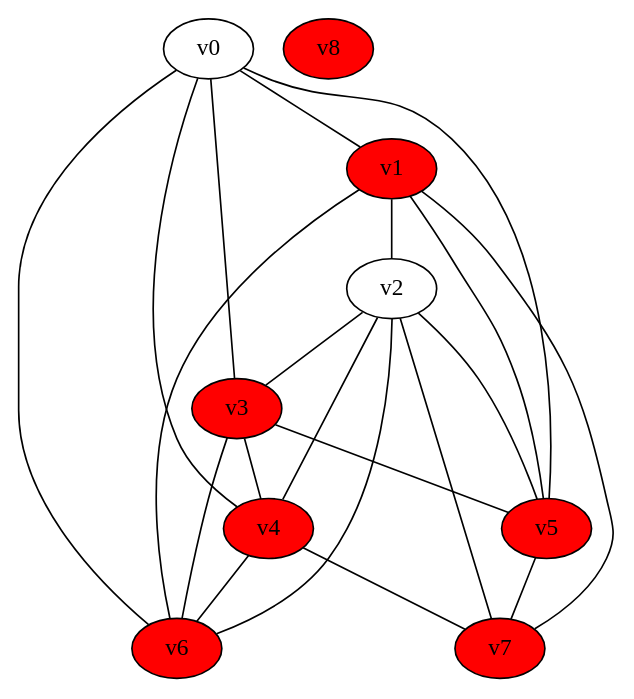
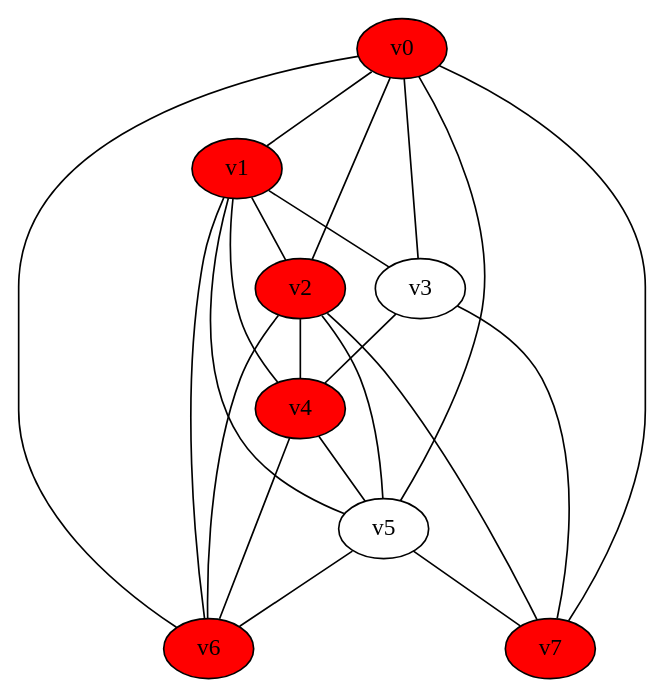
One commit to luisoto076/cubierta changed the diagram in grafica.gv. Above: the diagram before and after it, drawn with Graphviz. The commit also changed 18 other files, not shown here.

```diff
--- a/grafica.gv
+++ b/grafica.gv
@@ -1,29 +1,29 @@
 graph G {
-v7 [style=filled, fillcolor=red];
-v3 [style=filled, fillcolor=red];
 v6 [style=filled, fillcolor=red];
 v1 [style=filled, fillcolor=red];
-v8 [style=filled, fillcolor=red];
 v4 [style=filled, fillcolor=red];
-v5 [style=filled, fillcolor=red];
+v0 [style=filled, fillcolor=red];
+v2 [style=filled, fillcolor=red];
+v7 [style=filled, fillcolor=red];
 	v0 -- v1
+	v0 -- v2
 	v0 -- v3
-	v0 -- v4
 	v0 -- v5
 	v0 -- v6
+	v0 -- v7
 	v1 -- v2
+	v1 -- v3
+	v1 -- v4
 	v1 -- v5
 	v1 -- v6
-	v1 -- v7
-	v2 -- v3
 	v2 -- v4
 	v2 -- v5
 	v2 -- v6
 	v2 -- v7
 	v3 -- v4
-	v3 -- v5
-	v3 -- v6
+	v3 -- v7
+	v4 -- v5
 	v4 -- v6
-	v4 -- v7
+	v5 -- v6
 	v5 -- v7
 }
```
